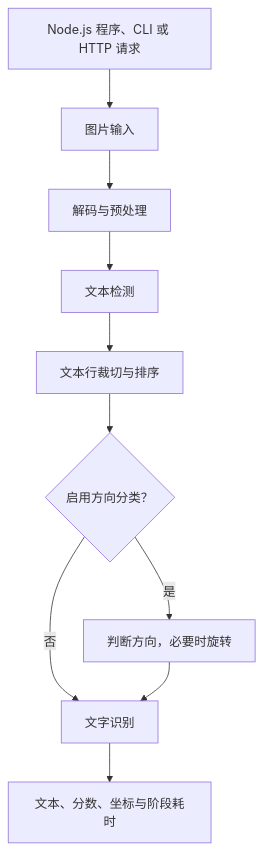
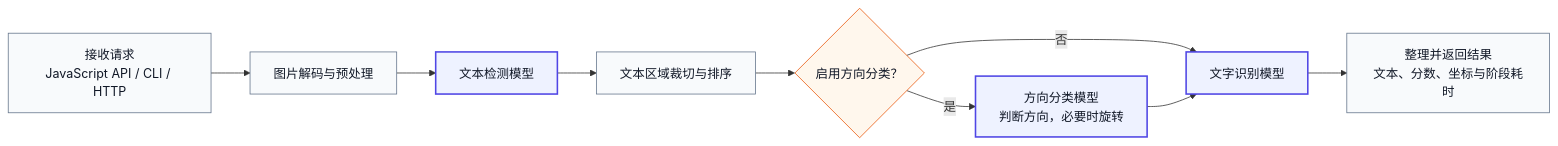
The diagram in README.md (OSpoon/RapidOCRNode), drawn with Mermaid before and after one commit. The commit also changed other lines of this file, not shown here.

Commit message:
docs: polish README layout and workflow diagram

```diff
--- a/README.md
+++ b/README.md
@@ -427,12 +430,18 @@
 ~~~mermaid
-flowchart TD
-  A[Node.js 程序、CLI 或 HTTP 请求] --> B[图片输入]
-  B --> C[解码与预处理]
-  C --> D[文本检测]
-  D --> E[文本行裁切与排序]
-  E --> F{启用方向分类？}
-  F -- 是 --> G[判断方向，必要时旋转]
-  F -- 否 --> H[文字识别]
-  G --> H
-  H --> I[文本、分数、坐标与阶段耗时]
+flowchart LR
+  A[接收请求<br/>JavaScript API / CLI / HTTP] --> B[图片解码与预处理]
+  B --> C[文本检测模型]
+  C --> D[文本区域裁切与排序]
+  D --> E{启用方向分类？}
+  E -- 是 --> F[方向分类模型<br/>判断方向，必要时旋转]
+  E -- 否 --> G[文字识别模型]
+  F --> G
+  G --> H[整理并返回结果<br/>文本、分数、坐标与阶段耗时]
+
+  classDef model fill:#eef2ff,stroke:#4f46e5,stroke-width:2px,color:#111827
+  classDef process fill:#f8fafc,stroke:#64748b,color:#111827
+  classDef decision fill:#fff7ed,stroke:#ea580c,color:#111827
+  class A,B,D,H process
+  class C,F,G model
+  class E decision
 ~~~
```
